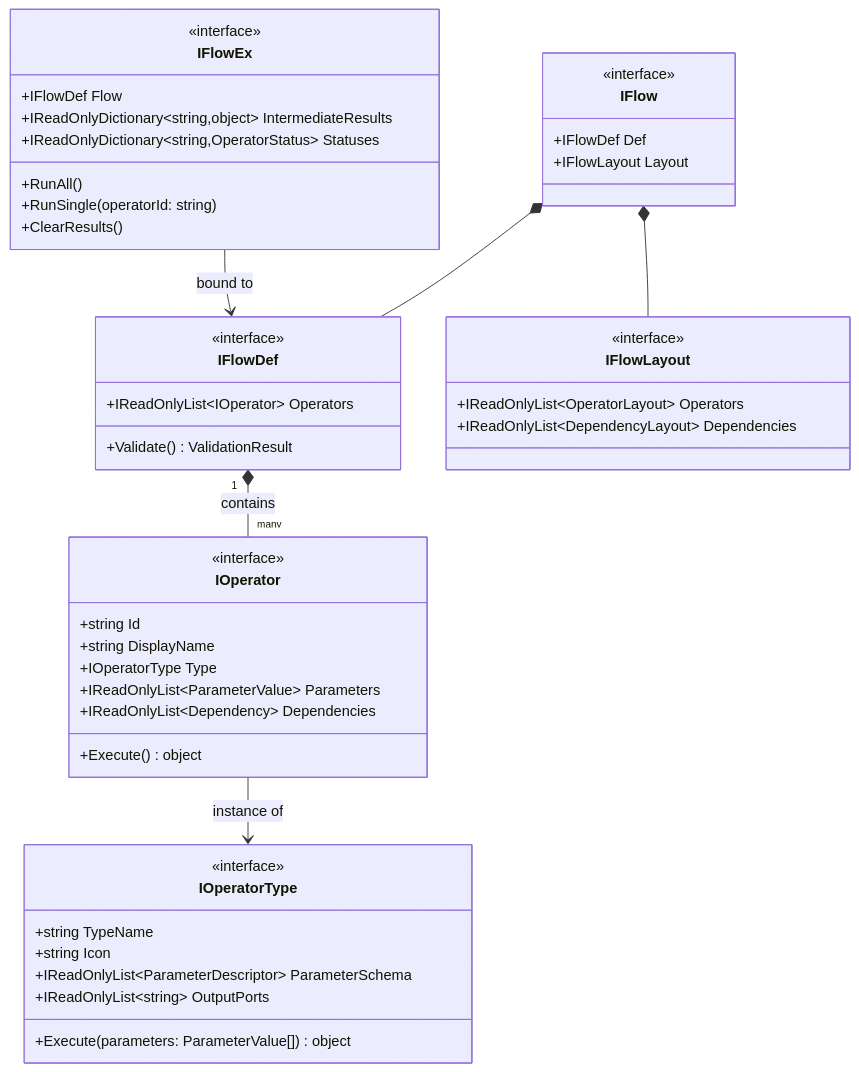
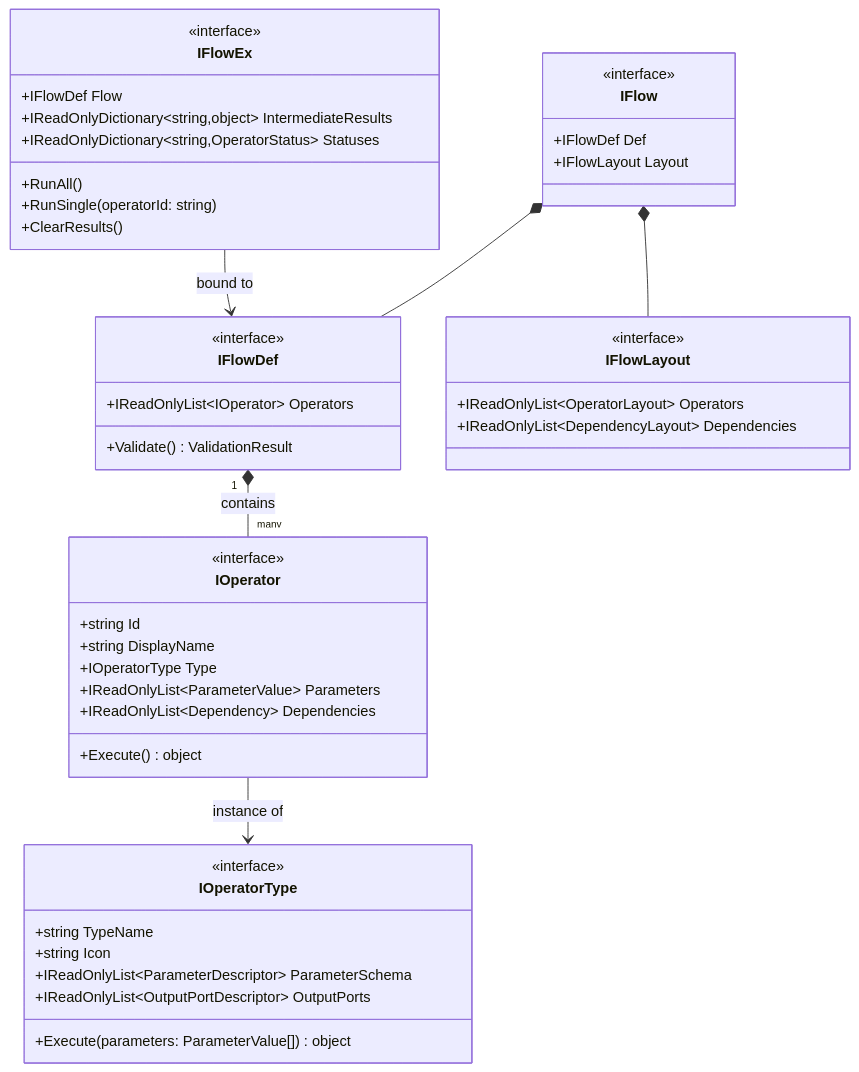
Before and after one commit to yoavmil/IPLab: the first of 2 diagrams in docs/DESIGN.md, drawn with Mermaid. The commit also changed other lines of this file and 32 other files, not shown here.

````diff
--- a/docs/DESIGN.md
+++ b/docs/DESIGN.md
@@ -5,57 +5,57 @@
 ```mermaid
 classDiagram
     direction TB
 
     class IOperatorType {
         <<interface>>
         +string TypeName
         +string Icon
         +IReadOnlyList~ParameterDescriptor~ ParameterSchema
-        +IReadOnlyList~string~ OutputPorts
+        +IReadOnlyList~OutputPortDescriptor~ OutputPorts
         +Execute(parameters: ParameterValue[]) object
     }
 
     class IOperator {
         <<interface>>
         +string Id
         +string DisplayName
         +IOperatorType Type
         +IReadOnlyList~ParameterValue~ Parameters
         +IReadOnlyList~Dependency~ Dependencies
         +Execute() object
     }
 
     class IFlowDef {
         <<interface>>
         +IReadOnlyList~IOperator~ Operators
         +Validate() ValidationResult
     }
 
     class IFlowLayout {
         <<interface>>
         +IReadOnlyList~OperatorLayout~ Operators
         +IReadOnlyList~DependencyLayout~ Dependencies
     }
 
     class IFlowEx {
         <<interface>>
         +IFlowDef Flow
         +RunAll()
         +RunSingle(operatorId: string)
         +IReadOnlyDictionary~string,object~ IntermediateResults
         +IReadOnlyDictionary~string,OperatorStatus~ Statuses
         +ClearResults()
     }
 
     class IFlow {
         <<interface>>
         +IFlowDef Def
         +IFlowLayout Layout
     }
 
     IOperator --> IOperatorType : instance of
     IFlowDef "1" *-- "many" IOperator : contains
     IFlowEx --> IFlowDef : bound to
     IFlow *-- IFlowDef
     IFlow *-- IFlowLayout
 ```
````
